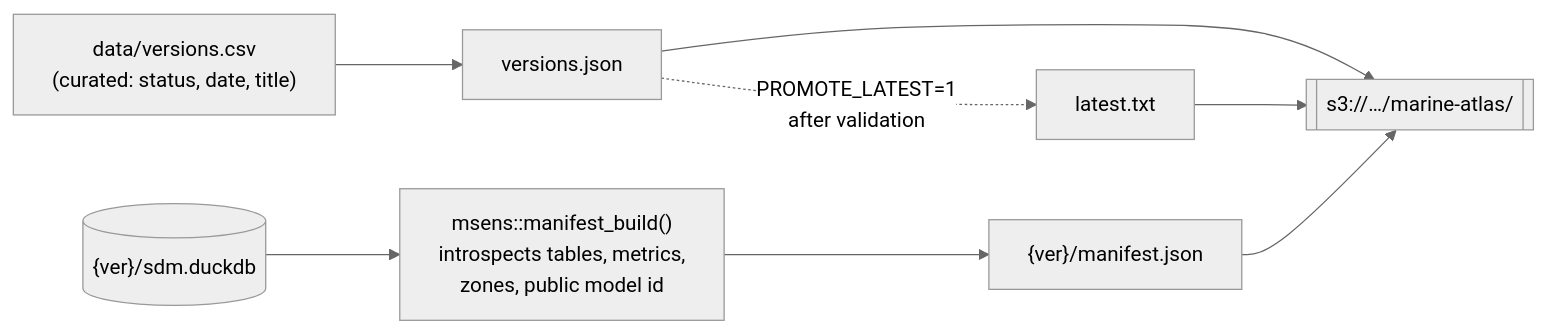
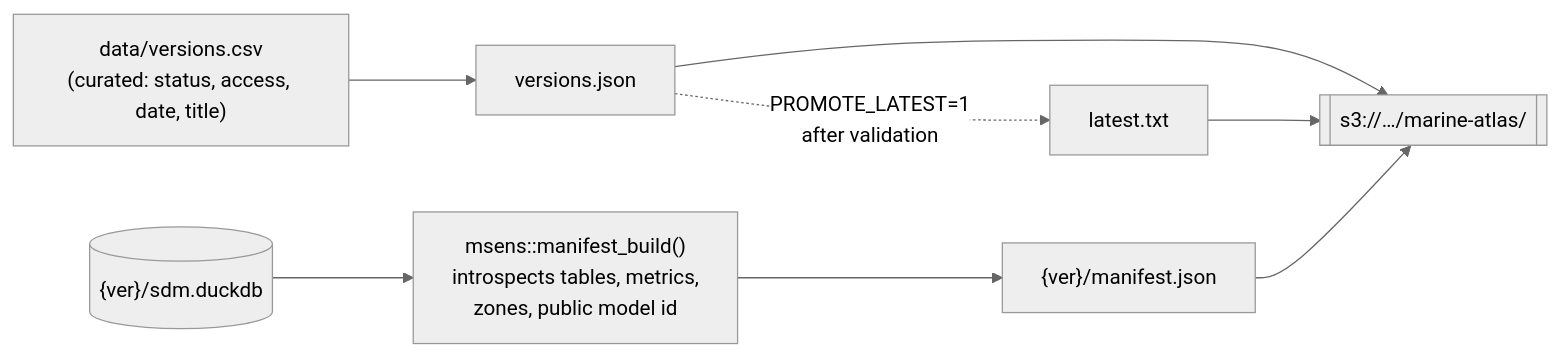
The diagram in build_version_manifest.qmd (MarineSensitivity/workflows), drawn with Mermaid (neutral theme) before and after one commit. The commit also changed other lines of this file and 4 other files, not shown here.

````diff
--- a/build_version_manifest.qmd
+++ b/build_version_manifest.qmd
@@ -37,12 +37,12 @@
 ```{mermaid}
 %%| label: fig-design
 %%| fig-cap: "Curated registry + release introspection → the three published registry files"
 flowchart LR
-  csv["data/versions.csv<br/>(curated: status, date, title)"] --> vj["versions.json"]
+  csv["data/versions.csv<br/>(curated: status, access, date, title)"] --> vj["versions.json"]
   db[("{ver}/sdm.duckdb")] --> mb["msens::manifest_build()<br/>introspects tables, metrics,<br/>zones, public model id"]
   mb --> mj["{ver}/manifest.json"]
   vj --> s3[["s3://…/marine-atlas/"]]
   mj --> s3
   vj -.->|"PROMOTE_LATEST=1<br/>after validation"| lt["latest.txt"]
   lt --> s3
 ```
````
